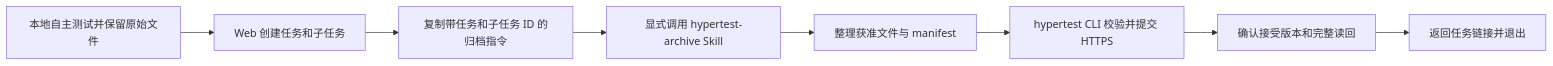
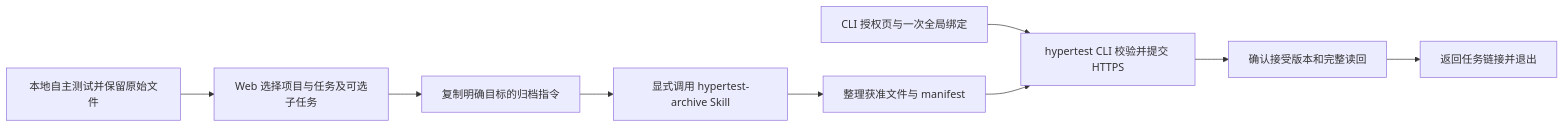
Before and after one commit to ZhangLiangchen/hypertest-one: the diagram in docs/architecture/ADR-027_EXPLICIT_LOCAL_ARTIFACT_ARCHIVE.md, drawn with Mermaid. The commit also changed other lines of this file and 10 other files, not shown here.

````diff
--- a/docs/architecture/ADR-027_EXPLICIT_LOCAL_ARTIFACT_ARCHIVE.md
+++ b/docs/architecture/ADR-027_EXPLICIT_LOCAL_ARTIFACT_ARCHIVE.md
@@ -28,10 +28,11 @@
 ```mermaid
 flowchart LR
-    A[本地自主测试并保留原始文件] --> B[Web 创建任务和子任务]
-    B --> C[复制带任务和子任务 ID 的归档指令]
+    A[本地自主测试并保留原始文件] --> B[Web 选择项目与任务及可选子任务]
+    B --> C[复制明确目标的归档指令]
+    I[CLI 授权页与一次全局绑定] --> F
     C --> D[显式调用 hypertest-archive Skill]
     D --> E[整理获准文件与 manifest]
     E --> F[hypertest CLI 校验并提交 HTTPS]
     F --> G[确认接受版本和完整读回]
     G --> H[返回任务链接并退出]
 ```
````
